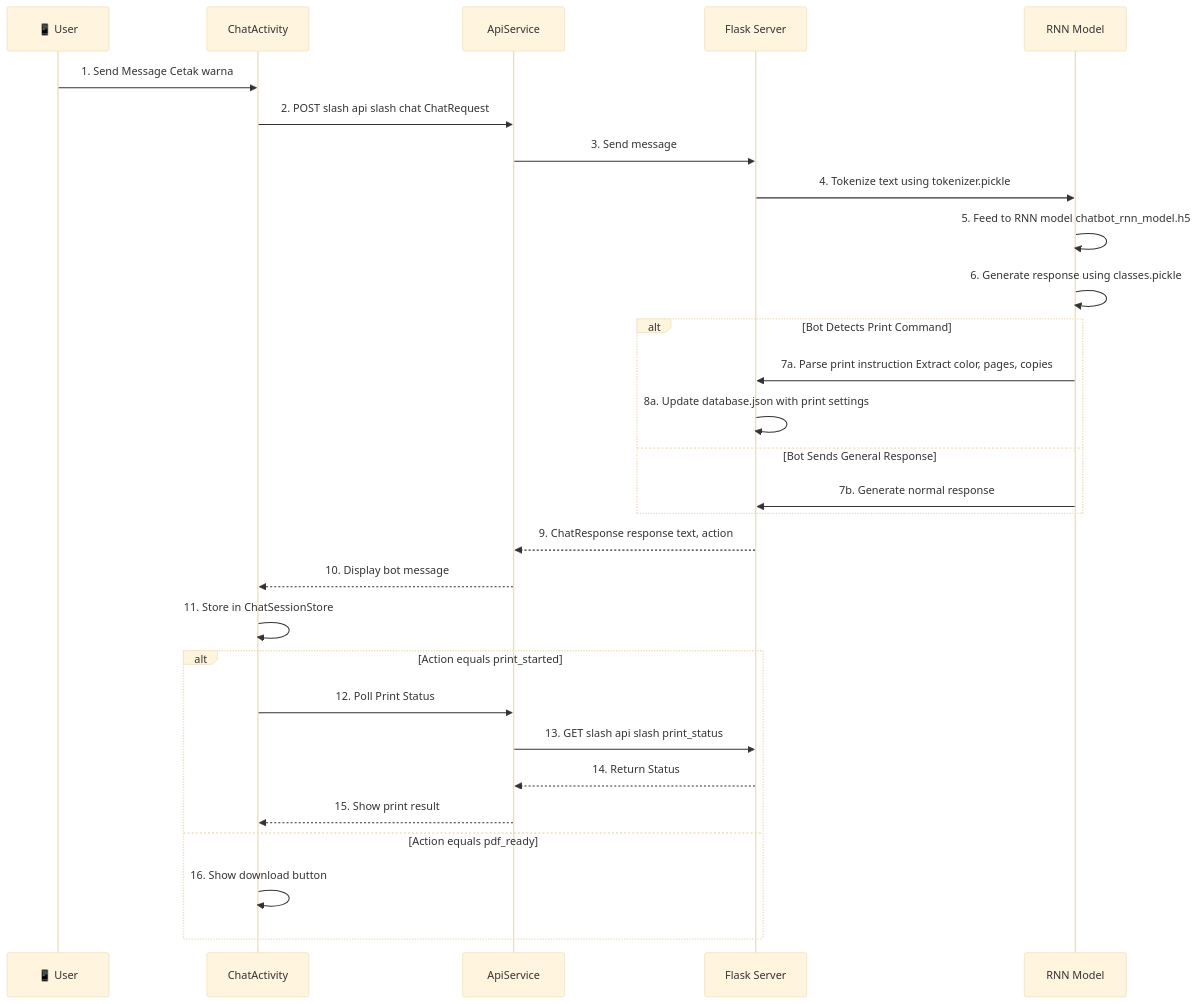
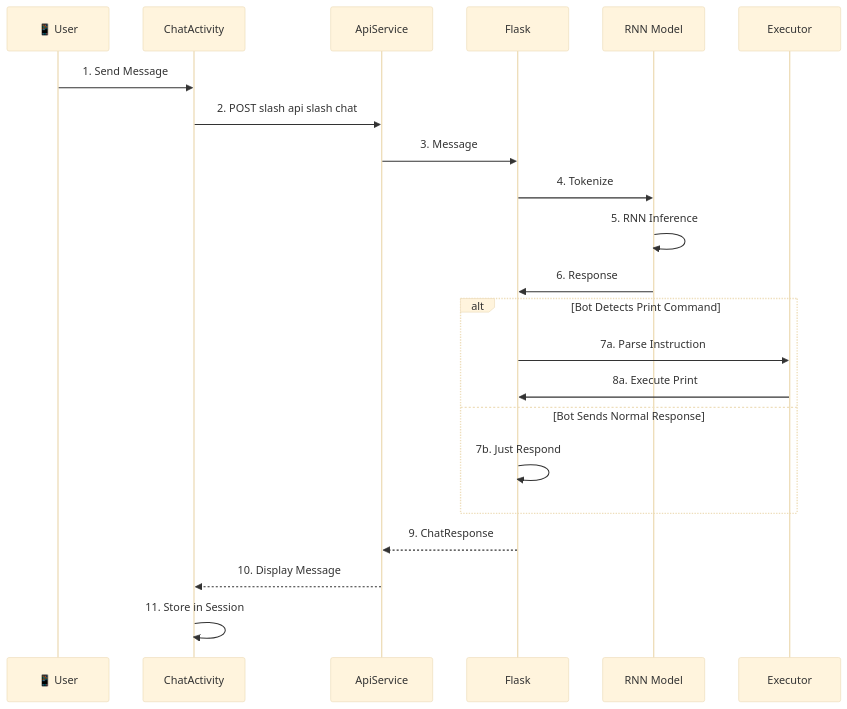
The fifth of 6 diagrams in ARCHITECTURE_DIAGRAM.md (FormulaV/PrintBot_Studio), drawn with Mermaid (base theme) before and after one commit. The commit also changed other lines of this file, not shown here.

Commit message:
Split architecture diagram into 3 simpler diagrams to fix Mermaid rendering errors

````diff
--- a/ARCHITECTURE_DIAGRAM.md
+++ b/ARCHITECTURE_DIAGRAM.md
@@ -237,36 +219,27 @@
 ```mermaid
 sequenceDiagram
     participant User as 📱 User
     participant Chat as ChatActivity
     participant Api as ApiService
-    participant Server as Flask Server
+    participant Server as Flask
     participant Bot as RNN Model
+    participant Executor as Executor
     
-    User->>Chat: 1. Send Message Cetak warna
-    Chat->>Api: 2. POST slash api slash chat ChatRequest
-    Api->>Server: 3. Send message
-    
-    Server->>Bot: 4. Tokenize text using tokenizer.pickle
-    Bot->>Bot: 5. Feed to RNN model chatbot_rnn_model.h5
-    Bot->>Bot: 6. Generate response using classes.pickle
+    User->>Chat: 1. Send Message
+    Chat->>Api: 2. POST slash api slash chat
+    Api->>Server: 3. Message
+    Server->>Bot: 4. Tokenize
+    Bot->>Bot: 5. RNN Inference
+    Bot->>Server: 6. Response
     
     alt Bot Detects Print Command
-        Bot->>Server: 7a. Parse print instruction Extract color, pages, copies
-        Server->>Server: 8a. Update database.json with print settings
-    else Bot Sends General Response
-        Bot->>Server: 7b. Generate normal response
+        Server->>Executor: 7a. Parse Instruction
+        Executor->>Server: 8a. Execute Print
+    else Bot Sends Normal Response
+        Server->>Server: 7b. Just Respond
     end
     
-    Server-->>Api: 9. ChatResponse response text, action
-    Api-->>Chat: 10. Display bot message
-    Chat->>Chat: 11. Store in ChatSessionStore
-    
-    alt Action equals print_started
-        Chat->>Api: 12. Poll Print Status
-        Api->>Server: 13. GET slash api slash print_status
-        Server-->>Api: 14. Return Status
-        Api-->>Chat: 15. Show print result
-    else Action equals pdf_ready
-        Chat->>Chat: 16. Show download button
-    end
+    Server-->>Api: 9. ChatResponse
+    Api-->>Chat: 10. Display Message
+    Chat->>Chat: 11. Store in Session
 ```
````
